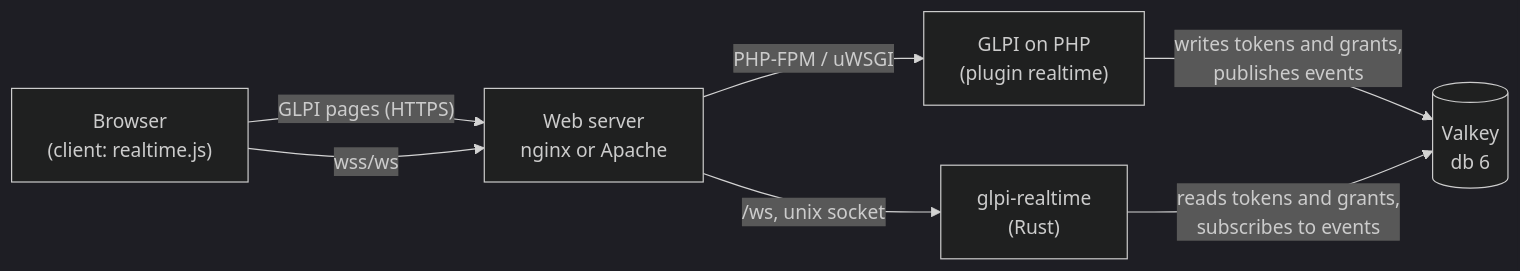
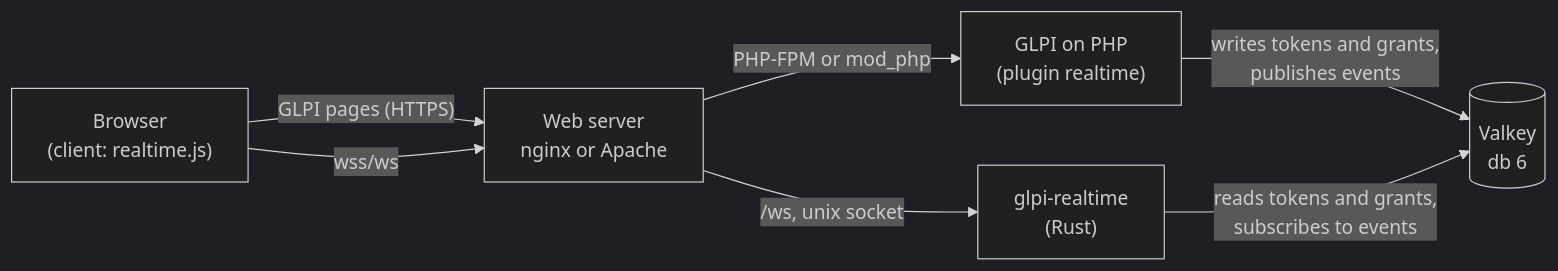
One commit to 0xNath/glpi-realtime changed the diagram in README.md. Above: the diagram before and after it, drawn with Mermaid (dark theme). The commit also changed other lines of this file and 1 other file, not shown here.

First line of the commit message:
README: install from a release, Mermaid architecture, CI badge

````diff
--- a/README.md
+++ b/README.md
@@ -20,15 +22,15 @@
 ```mermaid
 flowchart LR
     browser["Browser<br/>(client: realtime.js)"]
     web["Web server<br/>nginx or Apache"]
     php["GLPI on PHP<br/>(plugin realtime)"]
     server["glpi-realtime<br/>(Rust)"]
     valkey[("Valkey<br/>db 6")]
 
     browser -- "GLPI pages (HTTPS)" --> web
     browser -- "wss/ws" --> web
-    web -- "PHP-FPM / uWSGI" --> php
+    web -- "PHP-FPM or mod_php" --> php
     web -- "/ws, unix socket" --> server
     php -- "writes tokens and grants,<br/>publishes events" --> valkey
     server -- "reads tokens and grants,<br/>subscribes to events" --> valkey
 ```
````
